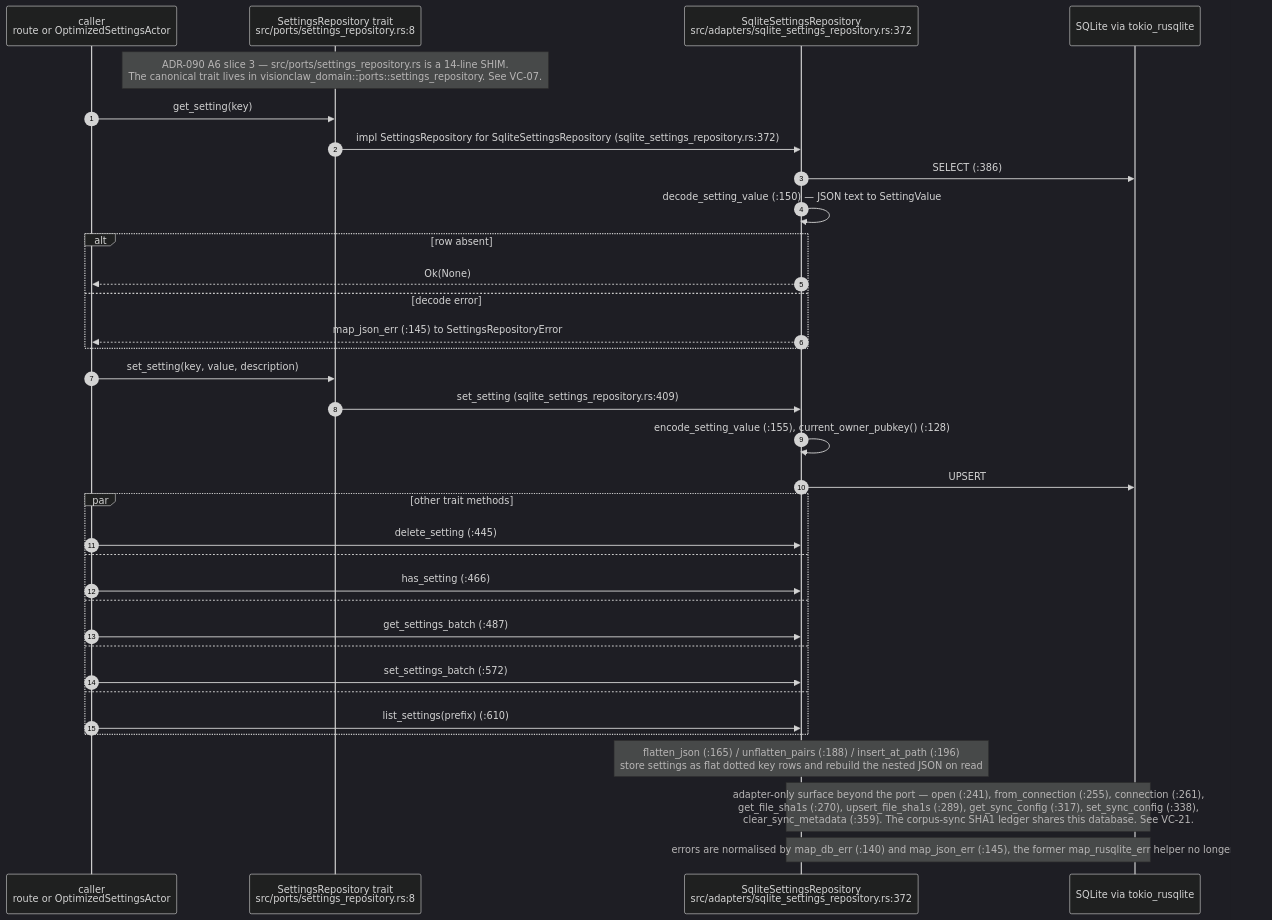
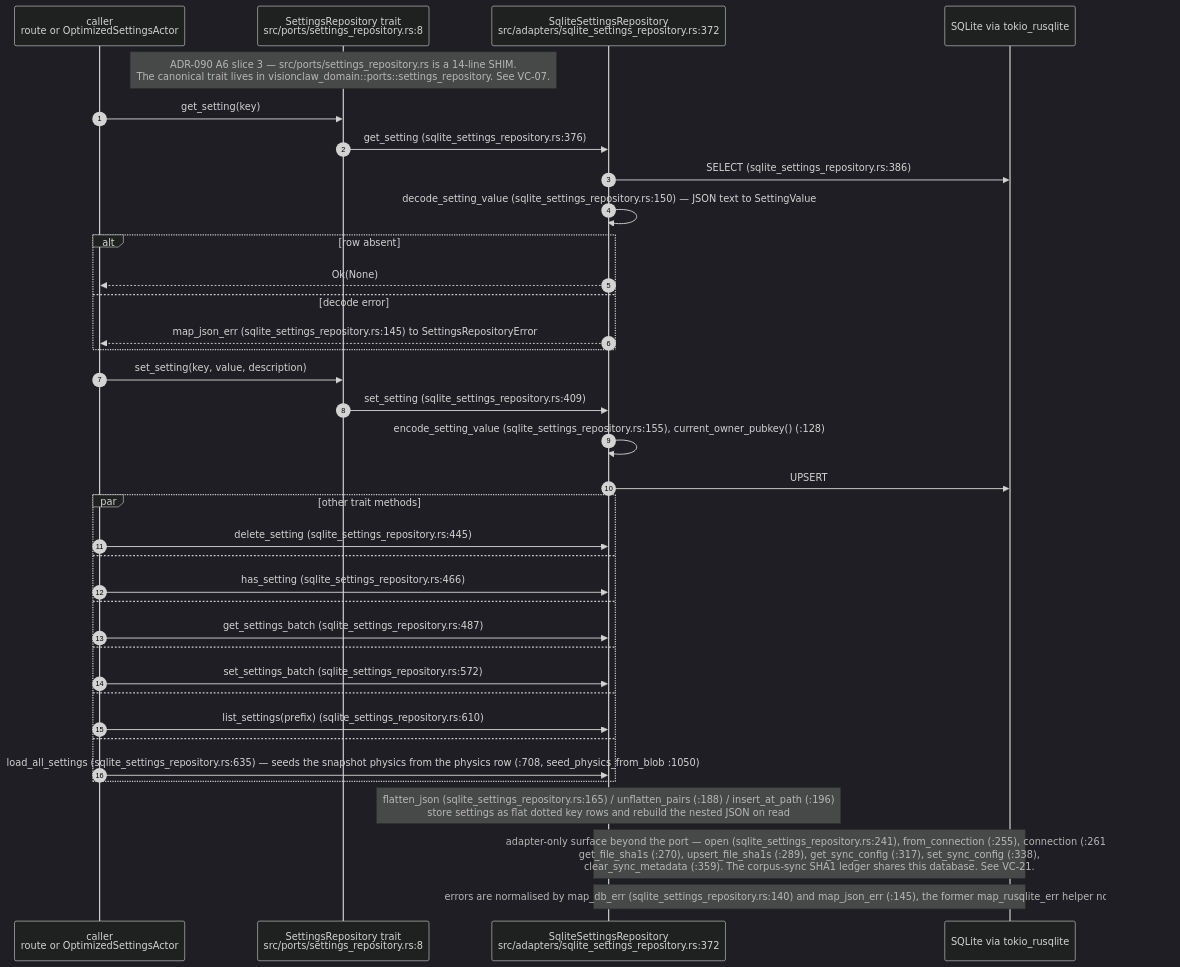
The sixth of 8 diagrams in docs/diagrams/visionclaw/06-settings-round-trip.md (DreamLab-AI/VisionFlow), drawn with Mermaid (dark theme) before and after one commit. The commit also changed other lines of this file and 173 other files, not shown here.

````diff
--- a/docs/diagrams/visionclaw/06-settings-round-trip.md
+++ b/docs/diagrams/visionclaw/06-settings-round-trip.md
@@ -208,37 +223,39 @@
 ```mermaid
 sequenceDiagram
     autonumber
     participant A as caller<br/>route or OptimizedSettingsActor
     participant P as SettingsRepository trait<br/>src/ports/settings_repository.rs:8
     participant AD as SqliteSettingsRepository<br/>src/adapters/sqlite_settings_repository.rs:372
     participant DB as SQLite via tokio_rusqlite
 
     Note over P: ADR-090 A6 slice 3 — src/ports/settings_repository.rs is a 14-line SHIM.<br/>The canonical trait lives in visionclaw_domain::ports::settings_repository. See VC-07.
     A->>P: get_setting(key)
-    P->>AD: impl SettingsRepository for SqliteSettingsRepository (sqlite_settings_repository.rs:372)
-    AD->>DB: SELECT (:386)
-    AD->>AD: decode_setting_value (:150) — JSON text to SettingValue
+    P->>AD: get_setting (sqlite_settings_repository.rs:376)
+    AD->>DB: SELECT (sqlite_settings_repository.rs:386)
+    AD->>AD: decode_setting_value (sqlite_settings_repository.rs:150) — JSON text to SettingValue
     alt row absent
         AD-->>A: Ok(None)
     else decode error
-        AD-->>A: map_json_err (:145) to SettingsRepositoryError
+        AD-->>A: map_json_err (sqlite_settings_repository.rs:145) to SettingsRepositoryError
     end
     A->>P: set_setting(key, value, description)
     P->>AD: set_setting (sqlite_settings_repository.rs:409)
-    AD->>AD: encode_setting_value (:155), current_owner_pubkey() (:128)
+    AD->>AD: encode_setting_value (sqlite_settings_repository.rs:155), current_owner_pubkey() (:128)
     AD->>DB: UPSERT
     par other trait methods
-        A->>AD: delete_setting (:445)
+        A->>AD: delete_setting (sqlite_settings_repository.rs:445)
     and
-        A->>AD: has_setting (:466)
+        A->>AD: has_setting (sqlite_settings_repository.rs:466)
     and
-        A->>AD: get_settings_batch (:487)
+        A->>AD: get_settings_batch (sqlite_settings_repository.rs:487)
     and
-        A->>AD: set_settings_batch (:572)
+        A->>AD: set_settings_batch (sqlite_settings_repository.rs:572)
     and
-        A->>AD: list_settings(prefix) (:610)
+        A->>AD: list_settings(prefix) (sqlite_settings_repository.rs:610)
+    and
+        A->>AD: load_all_settings (sqlite_settings_repository.rs:635) — seeds the snapshot physics from the physics row (:708, seed_physics_from_blob :1050)
     end
-    Note over AD: flatten_json (:165) / unflatten_pairs (:188) / insert_at_path (:196)<br/>store settings as flat dotted key rows and rebuild the nested JSON on read
-    Note over AD,DB: adapter-only surface beyond the port — open (:241), from_connection (:255), connection (:261),<br/>get_file_sha1s (:270), upsert_file_sha1s (:289), get_sync_config (:317), set_sync_config (:338),<br/>clear_sync_metadata (:359). The corpus-sync SHA1 ledger shares this database. See VC-21.
-    Note over AD,DB: errors are normalised by map_db_err (:140) and map_json_err (:145), the former map_rusqlite_err helper no longer exists
+    Note over AD: flatten_json (sqlite_settings_repository.rs:165) / unflatten_pairs (:188) / insert_at_path (:196)<br/>store settings as flat dotted key rows and rebuild the nested JSON on read
+    Note over AD,DB: adapter-only surface beyond the port — open (sqlite_settings_repository.rs:241), from_connection (:255), connection (:261),<br/>get_file_sha1s (:270), upsert_file_sha1s (:289), get_sync_config (:317), set_sync_config (:338),<br/>clear_sync_metadata (:359). The corpus-sync SHA1 ledger shares this database. See VC-21.
+    Note over AD,DB: errors are normalised by map_db_err (sqlite_settings_repository.rs:140) and map_json_err (:145), the former map_rusqlite_err helper no longer exists
 ```
````
